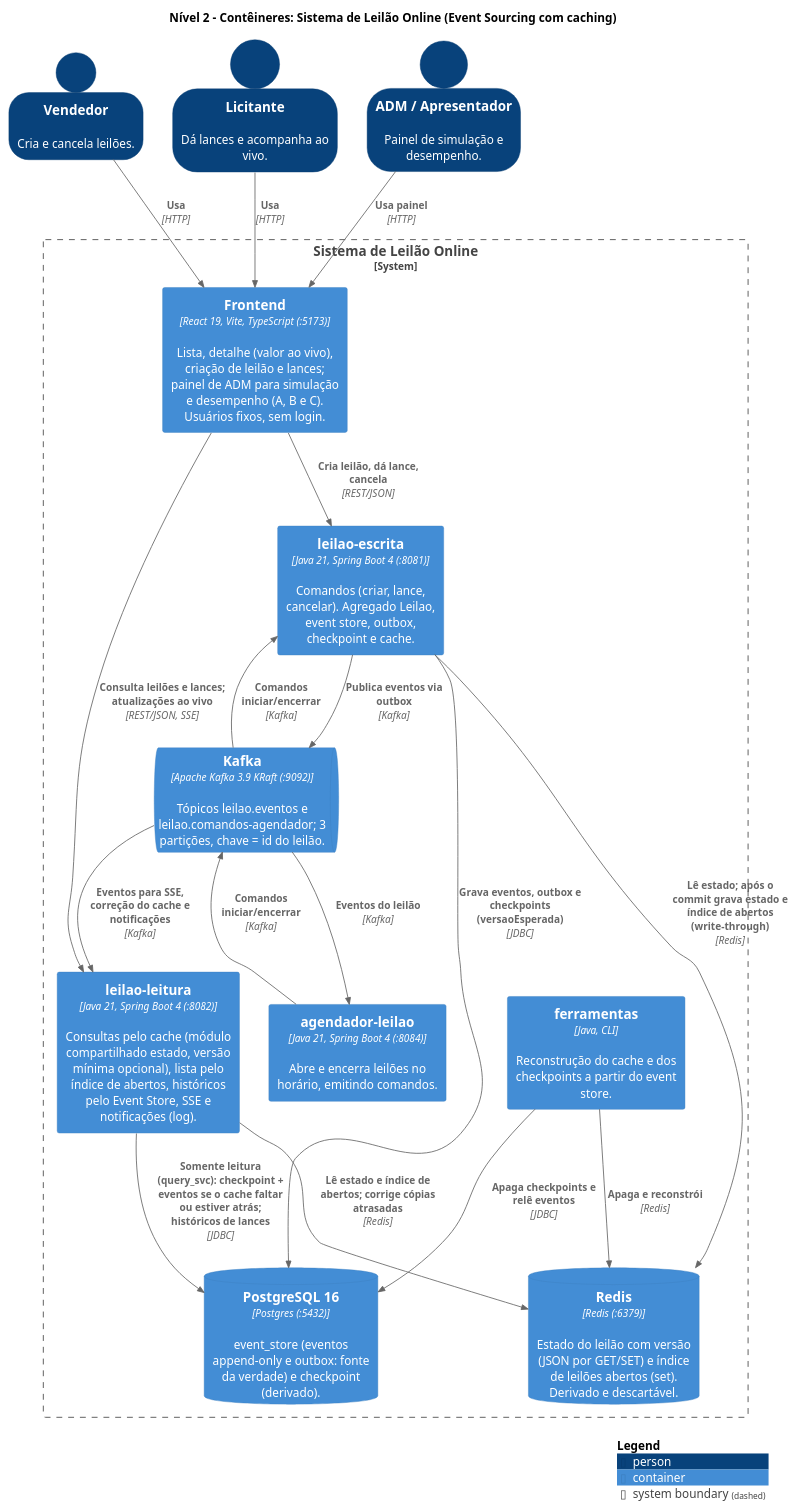
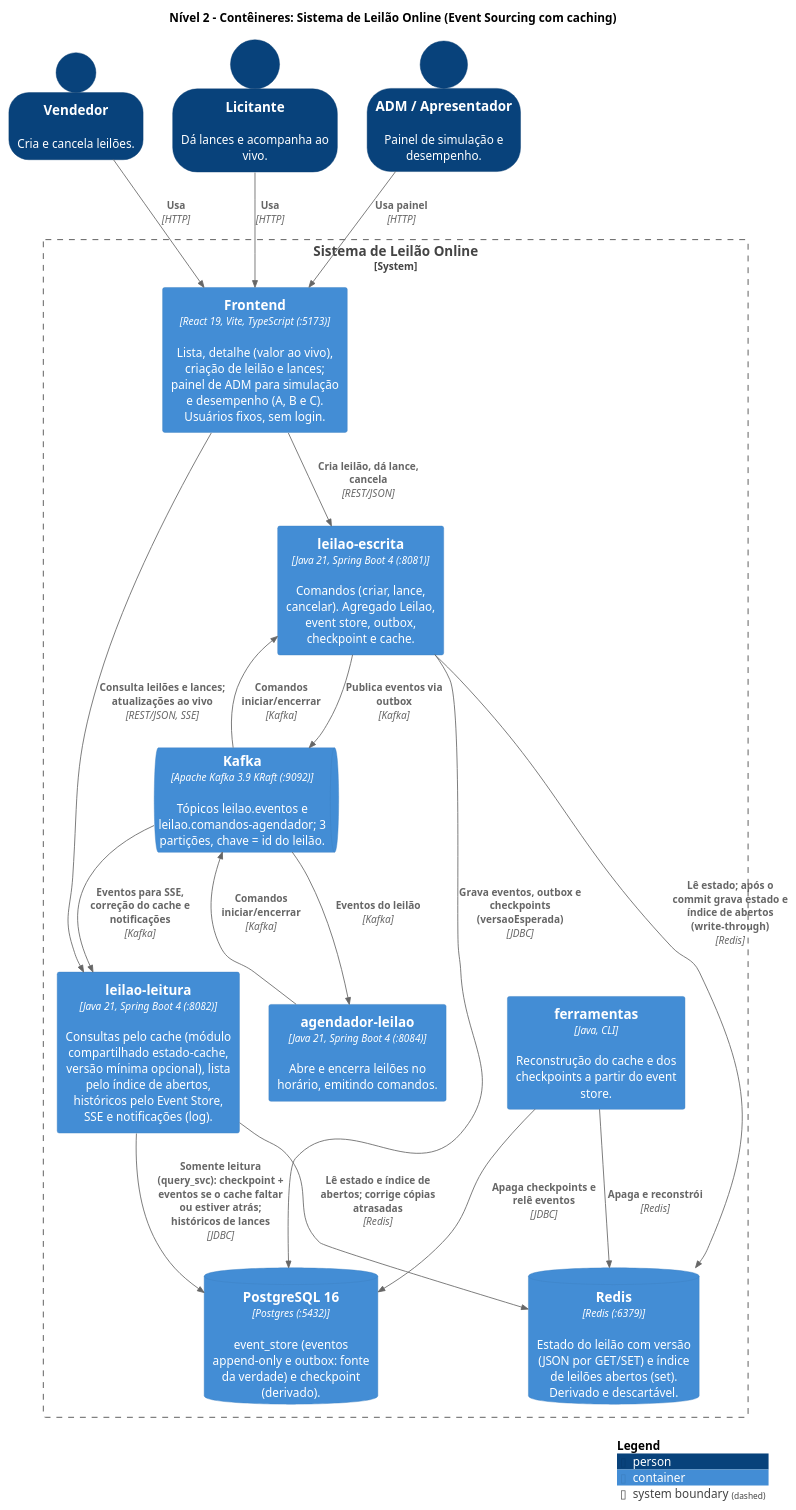
One commit to Rhuan-aa/online_auction changed the diagram in docs/c4/2-conteiner/2-conteiner.puml. Above: the diagram before and after it, drawn with PlantUML. The commit also changed 42 other files, not shown here.

Commit message:
refactor(estado): separa o estado derivado (estado) do cache e checkpoint (estado-cache)

```diff
--- a/docs/c4/2-conteiner/2-conteiner.puml
+++ b/docs/c4/2-conteiner/2-conteiner.puml
@@ -1,46 +1,46 @@
 @startuml 2-conteiner
 !include https://raw.githubusercontent.com/plantuml-stdlib/C4-PlantUML/master/C4_Container.puml
 
 title Nível 2 – Contêineres: Sistema de Leilão Online (Event Sourcing com caching)
 
 SHOW_PERSON_OUTLINE()
 
 Person(vendedor, "Vendedor", "Cria e cancela leilões.")
 Person(licitante, "Licitante", "Dá lances e acompanha ao vivo.")
 Person(adm, "ADM / Apresentador", "Painel de simulação e desempenho.")
 
 System_Boundary(sistema, "Sistema de Leilão Online") {
   Container(front, "Frontend", "React 19, Vite, TypeScript (:5173)","Lista, detalhe (valor ao vivo), criação de leilão e lances; painel de ADM para simulação e desempenho (A, B e C). Usuários fixos, sem login.")
   Container(escrita, "leilao-escrita", "Java 21, Spring Boot 4 (:8081)", "Comandos (criar, lance, cancelar). Agregado Leilao, event store, outbox, checkpoint e cache.")
-  Container(leitura, "leilao-leitura", "Java 21, Spring Boot 4 (:8082)", "Consultas pelo cache (módulo compartilhado estado, versão mínima opcional), lista pelo índice de abertos, históricos pelo Event Store, SSE e notificações (log).")
+  Container(leitura, "leilao-leitura", "Java 21, Spring Boot 4 (:8082)", "Consultas pelo cache (módulo compartilhado estado-cache, versão mínima opcional), lista pelo índice de abertos, históricos pelo Event Store, SSE e notificações (log).")
   Container(agendador, "agendador-leilao", "Java 21, Spring Boot 4 (:8084)", "Abre e encerra leilões no horário, emitindo comandos.")
   Container(ferramentas, "ferramentas", "Java, CLI", "Reconstrução do cache e dos checkpoints a partir do event store.")
   ContainerDb(postgres, "PostgreSQL 16", "Postgres (:5432)", "event_store (eventos append-only e outbox: fonte da verdade) e checkpoint (derivado).")
   ContainerDb(redis, "Redis", "Redis (:6379)", "Estado do leilão com versão (JSON por GET/SET) e índice de leilões abertos (set). Derivado e descartável.")
   ContainerQueue(kafka, "Kafka", "Apache Kafka 3.9 KRaft (:9092)", "Tópicos leilao.eventos e leilao.comandos-agendador; 3 partições, chave = id do leilão.")
 }
 
 Rel(vendedor, front, "Usa", "HTTP")
 Rel(licitante, front, "Usa", "HTTP")
 Rel(adm, front, "Usa painel", "HTTP")
 
 Rel(front, escrita, "Cria leilão, dá lance, cancela", "REST/JSON")
 Rel(front, leitura, "Consulta leilões e lances; atualizações ao vivo", "REST/JSON, SSE")
 
 Rel(escrita, postgres, "Grava eventos, outbox e checkpoints (versaoEsperada)", "JDBC")
 Rel(escrita, redis, "Lê estado; após o commit grava estado e índice de abertos (write-through)", "Redis")
 Rel(escrita, kafka, "Publica eventos via outbox", "Kafka")
 Rel(kafka, escrita, "Comandos iniciar/encerrar", "Kafka")
 
 Rel(kafka, agendador, "Eventos do leilão", "Kafka")
 Rel(agendador, kafka, "Comandos iniciar/encerrar", "Kafka")
 
 Rel(kafka, leitura, "Eventos para SSE, correção do cache e notificações", "Kafka")
 Rel(leitura, redis, "Lê estado e índice de abertos; corrige cópias atrasadas", "Redis")
 Rel(leitura, postgres, "Somente leitura (query_svc): checkpoint + eventos se o cache faltar ou estiver atrás; históricos de lances", "JDBC")
 
 Rel(ferramentas, redis, "Apaga e reconstrói", "Redis")
 Rel(ferramentas, postgres, "Apaga checkpoints e relê eventos", "JDBC")
 
 SHOW_LEGEND()
 @enduml
```
